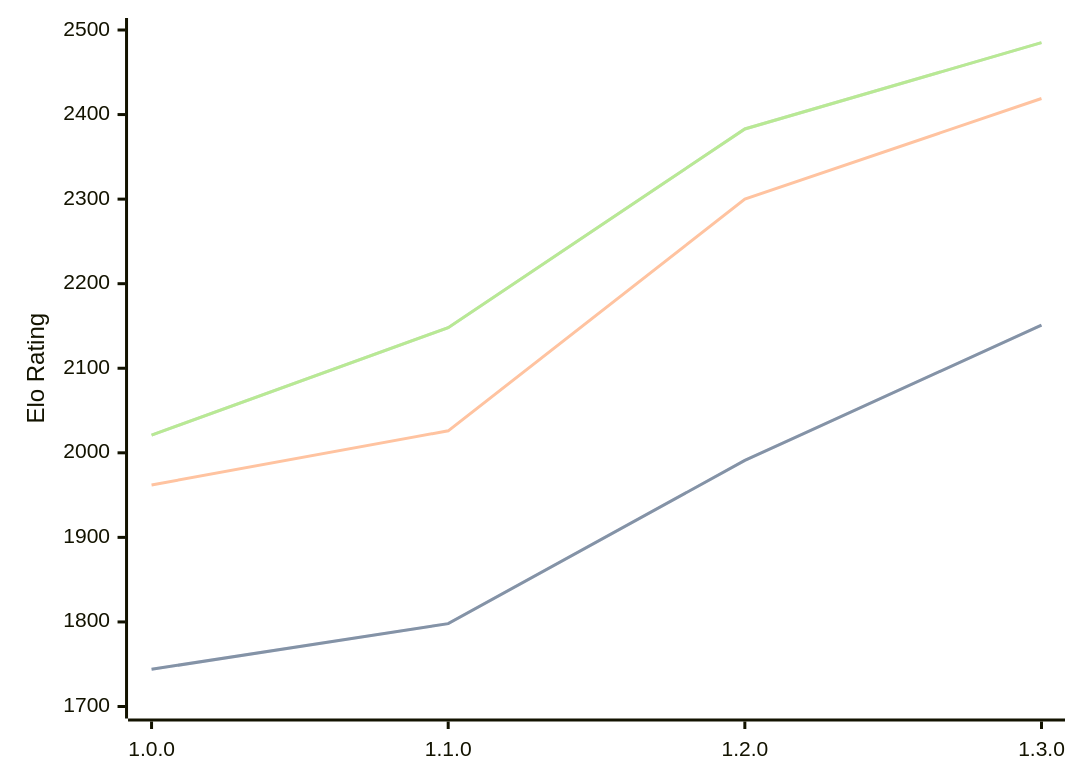
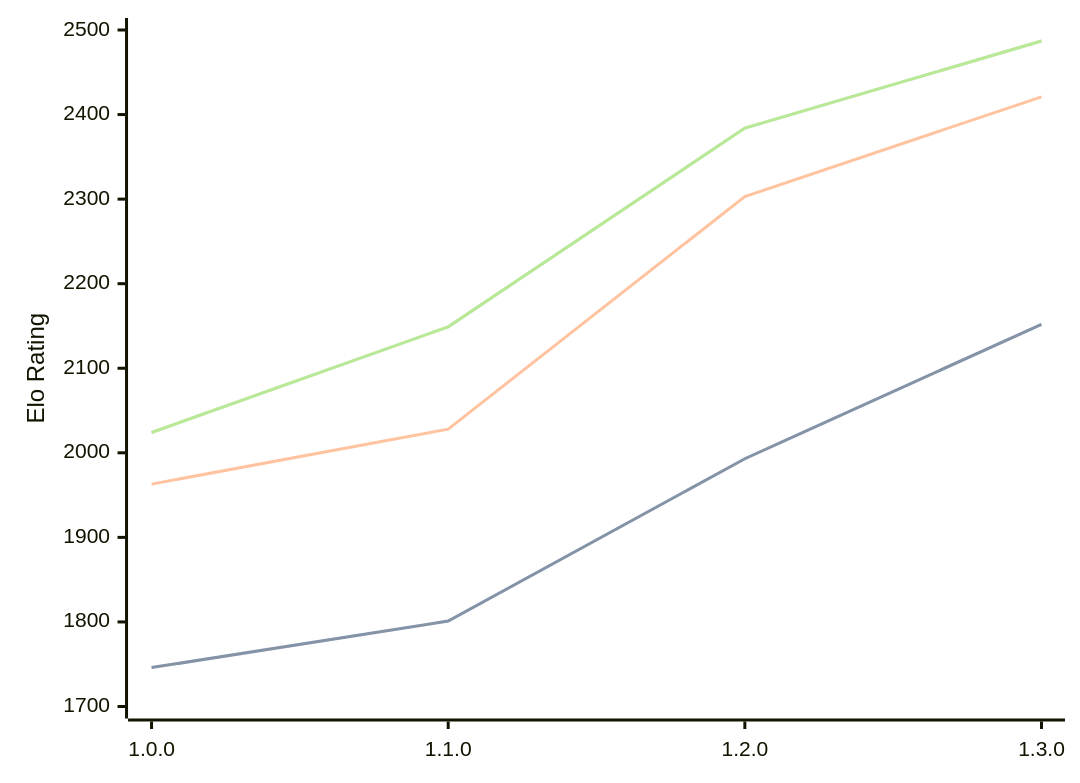
One commit to computer-chess-index/cci changed the diagram in engines/Anodos.md. Above: the diagram before and after it, drawn with Mermaid. The commit also changed other lines of this file, not shown here.

Commit message:
Update CCI Ratings (ELO VLTC) - 2026-08-22

````diff
--- a/engines/Anodos.md
+++ b/engines/Anodos.md
@@ -34,11 +34,11 @@
 ```mermaid
 %%{init: {"theme":"base","themeVariables":{"seriesColors:['#a3a3a3','#222221','#faa371']}}}%%
 xychart-beta
   x-axis ["1.0.0", "1.1.0", "1.2.0", "1.3.0"]
   y-axis "Elo Rating" 1700 --> 2500
-  line "STC (8.0+0.08s)" [1744, 1798, 1991, 2151]
-  line "STC (8.0+0.08s)" [1744, 1798, 1991, 2151]
-  line "LTC (60.0+0.60s)" [1962, 2026, 2300, 2419]
-  line "VLTC (2m24s+1.12s)" [2021, 2148, 2383, 2485]
-  line "VLTC (2m24s+1.12s)" [2021, 2148, 2383, 2485]
+  line "STC (8.0+0.08s)" [1746, 1801, 1993, 2152]
+  line "STC (8.0+0.08s)" [1746, 1801, 1993, 2152]
+  line "LTC (60.0+0.60s)" [1963, 2028, 2303, 2421]
+  line "VLTC (2m24s+1.12s)" [2024, 2149, 2384, 2487]
+  line "VLTC (2m24s+1.12s)" [2024, 2149, 2384, 2487]
 ```
````
